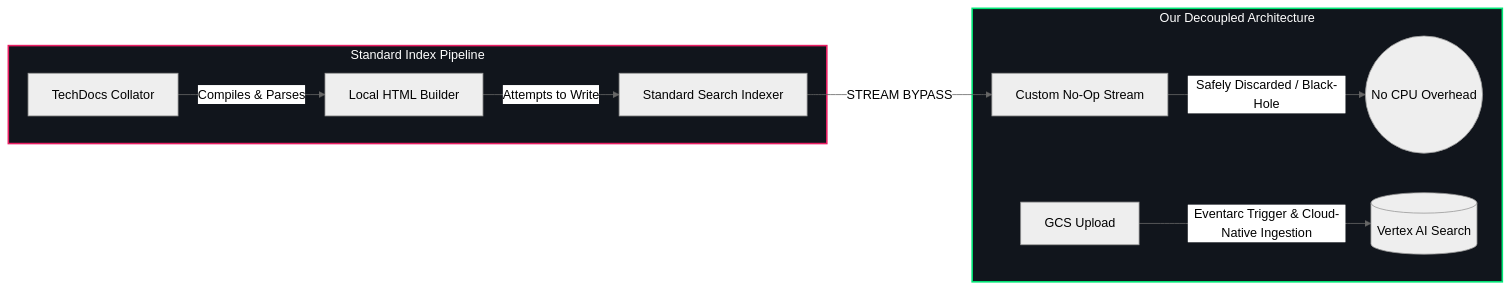
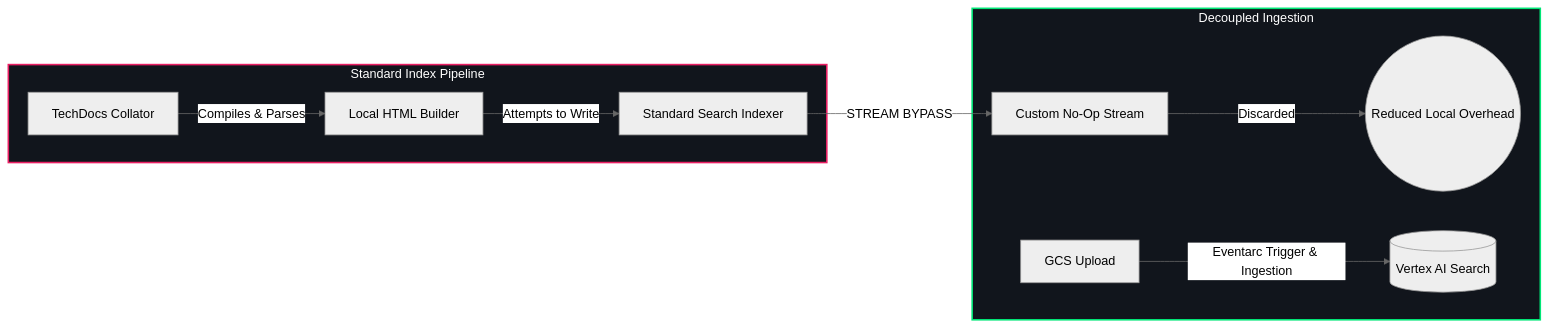
The diagram in workspaces/hybrid-search/plugins/search-backend-module-vertexai/README.md (cooldemos/community-plugins), drawn with Mermaid (neutral theme) before and after one commit. The commit also changed other lines of this file, not shown here.

Commit message:
docs: remove salesy tone and stick to technical facts in Vertex AI search engine README

````diff
--- a/workspaces/hybrid-search/plugins/search-backend-module-vertexai/README.md
+++ b/workspaces/hybrid-search/plugins/search-backend-module-vertexai/README.md
@@ -21,17 +21,17 @@
 ```mermaid
 graph LR
     subgraph StandardPipeline [Standard Index Pipeline]
         A[TechDocs Collator] -->|Compiles & Parses| B[Local HTML Builder]
         B -->|Attempts to Write| C[Standard Search Indexer]
     end
 
-    subgraph DecoupledPipeline [Our Decoupled Architecture]
+    subgraph DecoupledPipeline [Decoupled Ingestion]
         C -->|STREAM BYPASS| D[Custom No-Op Stream]
-        D -->|Safely Discarded / Black-Hole| E((No CPU Overhead))
+        D -->|Discarded| E((Reduced Local Overhead))
 
-        F[GCS Upload] -->|Eventarc Trigger & Cloud-Native Ingestion| H[(Vertex AI Search)]
+        F[GCS Upload] -->|Eventarc Trigger & Ingestion| H[(Vertex AI Search)]
     end
 
     style StandardPipeline fill:#11151c,stroke:#e91e63,stroke-width:2px,color:#ffffff
     style DecoupledPipeline fill:#11151c,stroke:#00e676,stroke-width:2px,color:#ffffff
 ```
````
